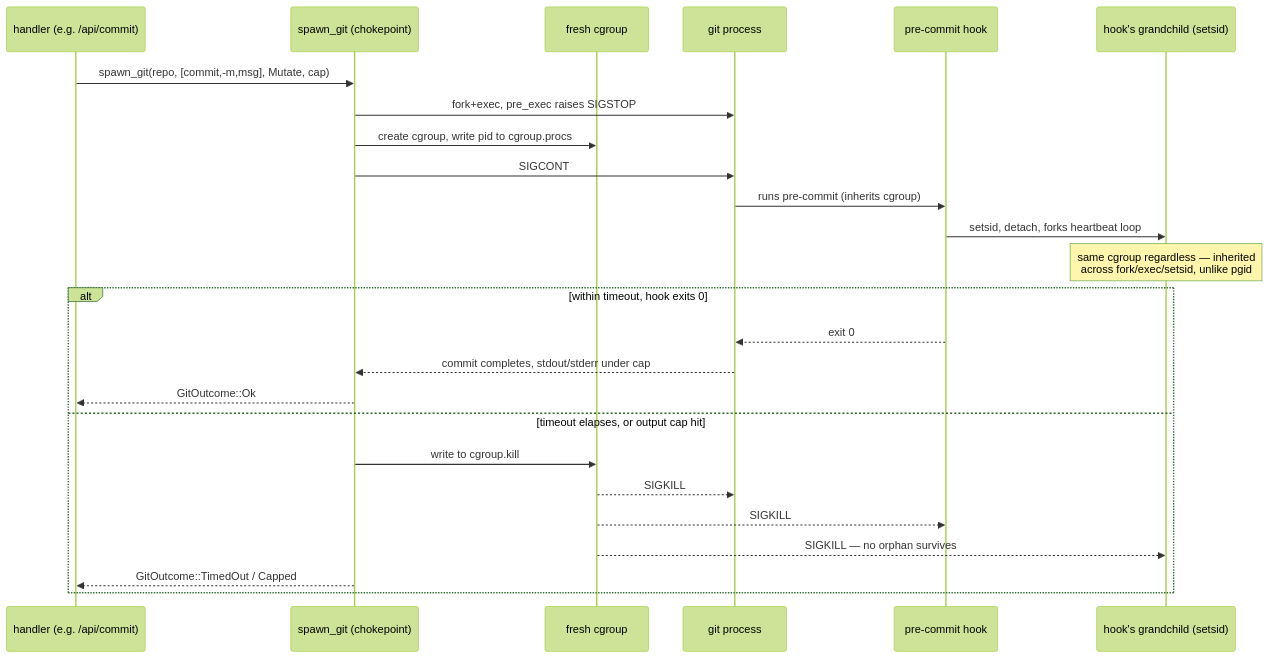
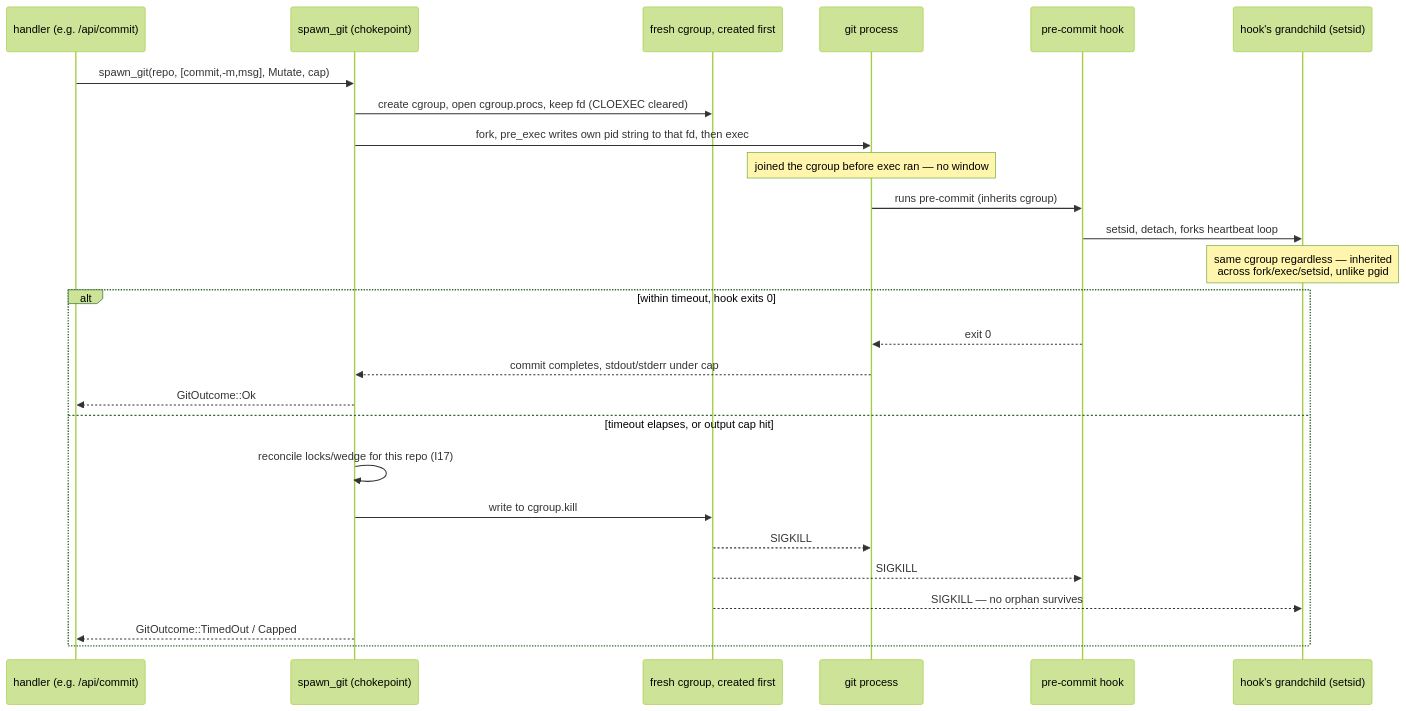
One commit to tom2025b/git-vista changed the third of 6 diagrams in docs/superpowers/specs/2026-07-27-m1.13-git-process-policy-design.md. Above: the diagram before and after it, drawn with Mermaid (forest theme). The commit also changed other lines of this file, not shown here.

````diff
--- a/docs/superpowers/specs/2026-07-27-m1.13-git-process-policy-design.md
+++ b/docs/superpowers/specs/2026-07-27-m1.13-git-process-policy-design.md
@@ -314,27 +491,28 @@
 ```mermaid
 sequenceDiagram
     participant H as handler (e.g. /api/commit)
     participant SG as spawn_git (chokepoint)
-    participant CG as fresh cgroup
+    participant CG as fresh cgroup, created first
     participant G as git process
     participant HK as pre-commit hook
     participant GC as hook's grandchild (setsid)
     H->>SG: spawn_git(repo, [commit,-m,msg], Mutate, cap)
-    SG->>G: fork+exec, pre_exec raises SIGSTOP
-    SG->>CG: create cgroup, write pid to cgroup.procs
-    SG->>G: SIGCONT
+    SG->>CG: create cgroup, open cgroup.procs, keep fd (CLOEXEC cleared)
+    SG->>G: fork, pre_exec writes own pid string to that fd, then exec
+    Note over G: joined the cgroup before exec ran — no window
     G->>HK: runs pre-commit (inherits cgroup)
     HK->>GC: setsid, detach, forks heartbeat loop
     Note over GC: same cgroup regardless — inherited<br/>across fork/exec/setsid, unlike pgid
     alt within timeout, hook exits 0
         HK-->>G: exit 0
         G-->>SG: commit completes, stdout/stderr under cap
         SG-->>H: GitOutcome::Ok
     else timeout elapses, or output cap hit
+        SG->>SG: reconcile locks/wedge for this repo (I17)
         SG->>CG: write to cgroup.kill
         CG-->>G: SIGKILL
         CG-->>HK: SIGKILL
         CG-->>GC: SIGKILL — no orphan survives
         SG-->>H: GitOutcome::TimedOut / Capped
     end
 ```
````
